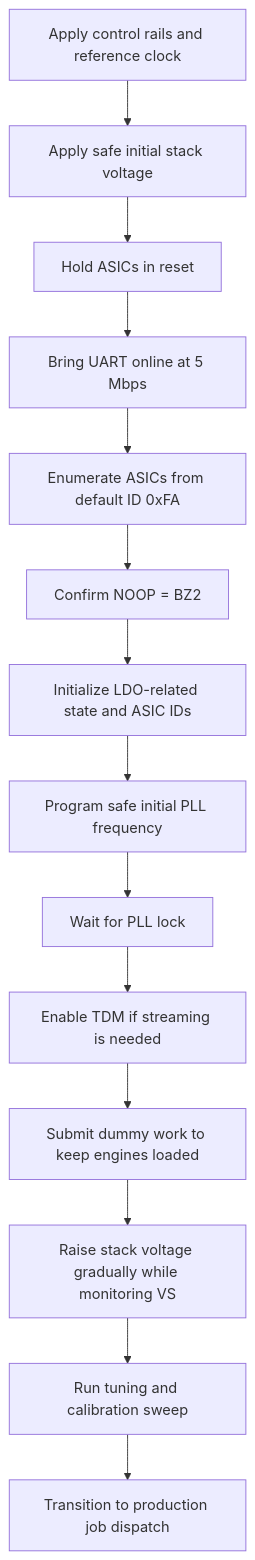
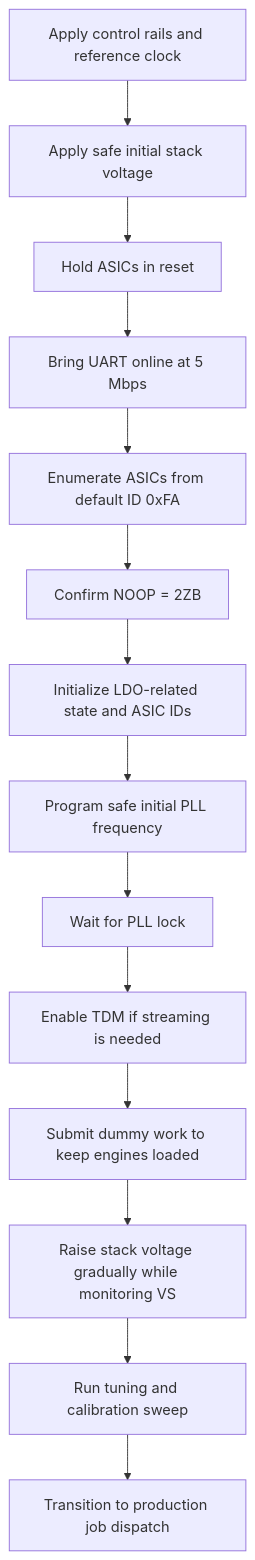
Before and after one commit to Blockscale-Solutions/bzm2-hwref: the second of 2 diagrams in references/blockscale-asic-integration-guide.md, drawn with Mermaid. The commit also changed other lines of this file and 1 other file, not shown here.

First line of the commit message:
uart: correct the NOOP reply to 2ZB, and state its provenance

````diff
--- a/references/blockscale-asic-integration-guide.md
+++ b/references/blockscale-asic-integration-guide.md
@@ -346,16 +350,16 @@
 ```mermaid
 flowchart TD
     A["Apply control rails and reference clock"] --> B["Apply safe initial stack voltage"]
     B --> C["Hold ASICs in reset"]
     C --> D["Bring UART online at 5 Mbps"]
     D --> E["Enumerate ASICs from default ID 0xFA"]
-    E --> F["Confirm NOOP = BZ2"]
+    E --> F["Confirm NOOP = 2ZB"]
     F --> G["Initialize LDO-related state and ASIC IDs"]
     G --> H["Program safe initial PLL frequency"]
     H --> I["Wait for PLL lock"]
     I --> J["Enable TDM if streaming is needed"]
     J --> K["Submit dummy work to keep engines loaded"]
     K --> L["Raise stack voltage gradually while monitoring VS"]
     L --> M["Run tuning and calibration sweep"]
     M --> N["Transition to production job dispatch"]
 ```
````
